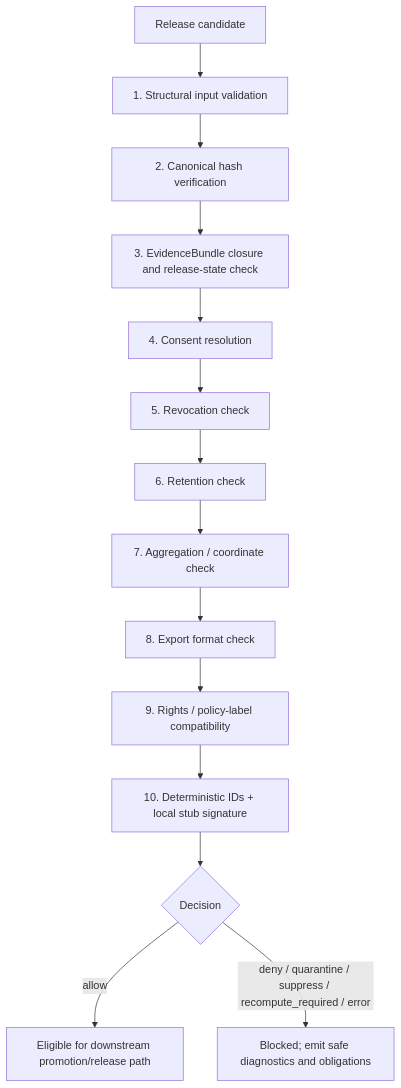
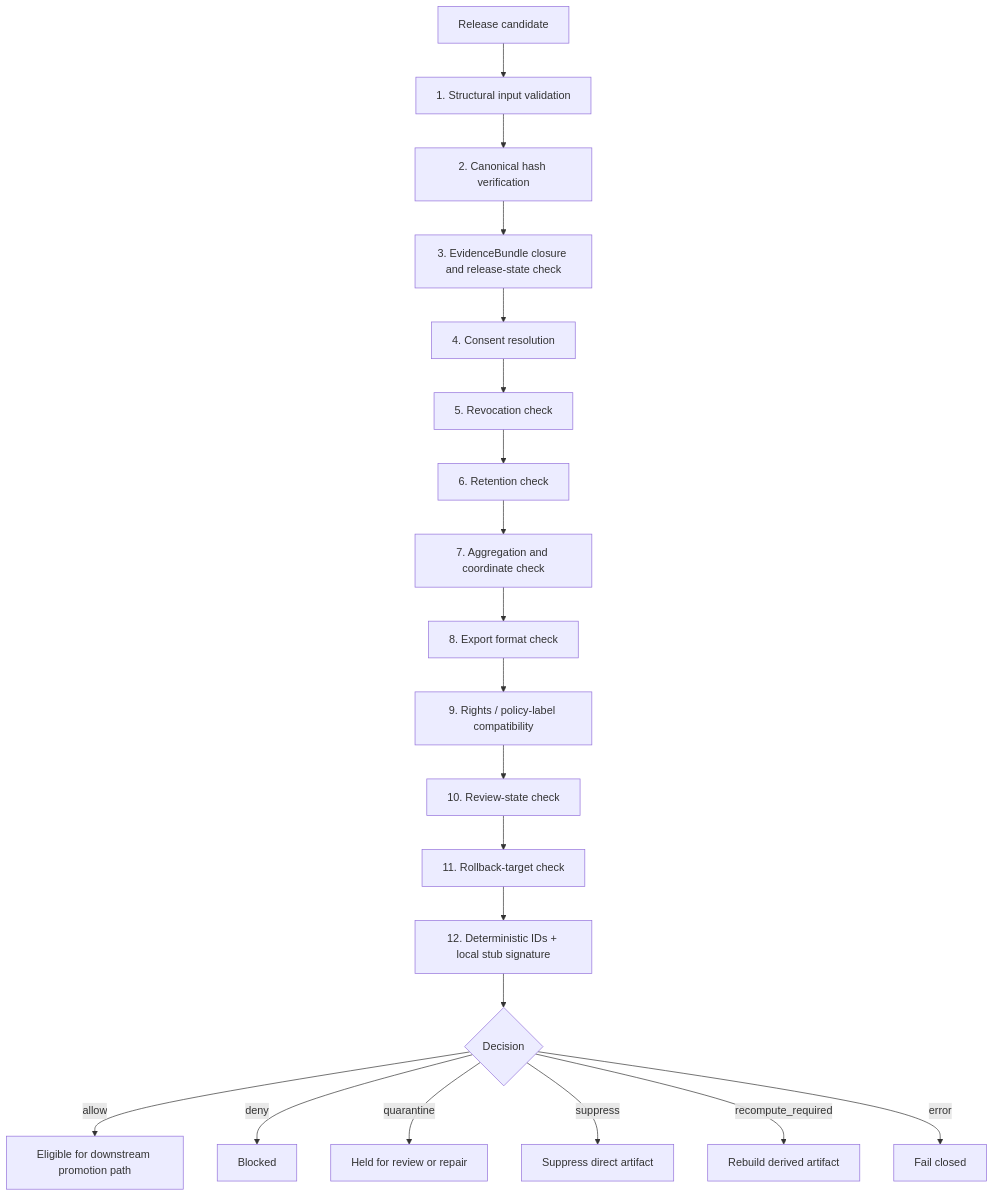
The second of 2 diagrams in docs/adr/ADR-0241-policy-obligation-engine-and-release-gate.md (bartytime4life/Kansas-Frontier-Matrix), drawn with Mermaid before and after one commit. The commit also changed other lines of this file, not shown here.

````diff
--- a/docs/adr/ADR-0241-policy-obligation-engine-and-release-gate.md
+++ b/docs/adr/ADR-0241-policy-obligation-engine-and-release-gate.md
@@ -256,16 +348,23 @@
 ```mermaid
 flowchart TD
     A[Release candidate] --> B[1. Structural input validation]
     B --> C[2. Canonical hash verification]
     C --> D[3. EvidenceBundle closure and release-state check]
     D --> E[4. Consent resolution]
     E --> F[5. Revocation check]
     F --> G[6. Retention check]
-    G --> H[7. Aggregation / coordinate check]
+    G --> H[7. Aggregation and coordinate check]
     H --> I[8. Export format check]
     I --> J[9. Rights / policy-label compatibility]
-    J --> K[10. Deterministic IDs + local stub signature]
-    K --> L{Decision}
-    L -->|allow| M[Eligible for downstream promotion/release path]
-    L -->|deny / quarantine / suppress / recompute_required / error| N[Blocked; emit safe diagnostics and obligations]
+    J --> K[10. Review-state check]
+    K --> L[11. Rollback-target check]
+    L --> M[12. Deterministic IDs + local stub signature]
+    M --> N{Decision}
+
+    N -->|allow| O[Eligible for downstream promotion path]
+    N -->|deny| P[Blocked]
+    N -->|quarantine| Q[Held for review or repair]
+    N -->|suppress| R[Suppress direct artifact]
+    N -->|recompute_required| S[Rebuild derived artifact]
+    N -->|error| T[Fail closed]
 ```
````
